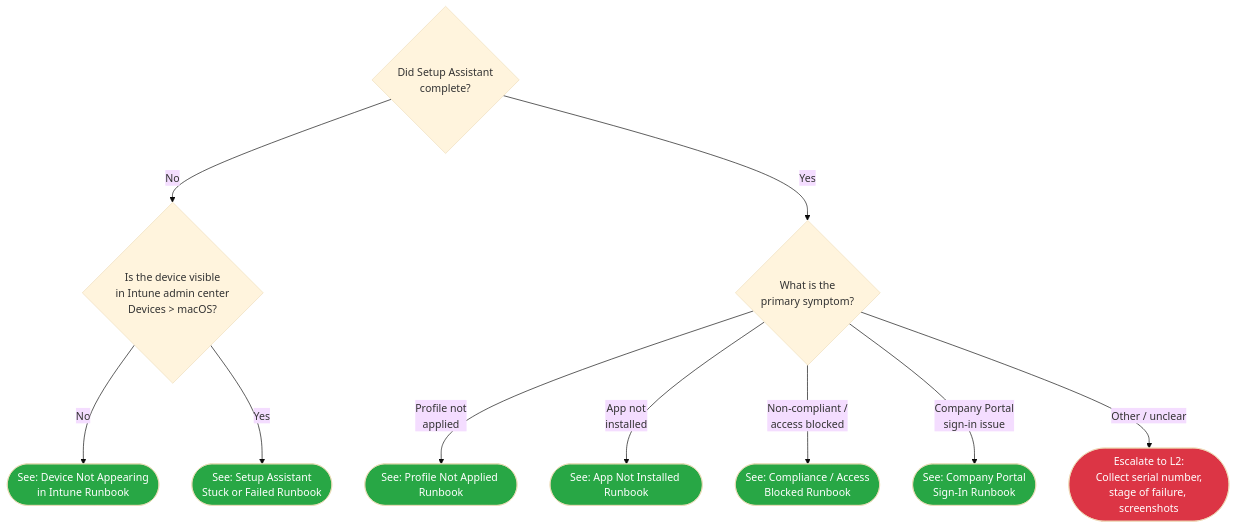
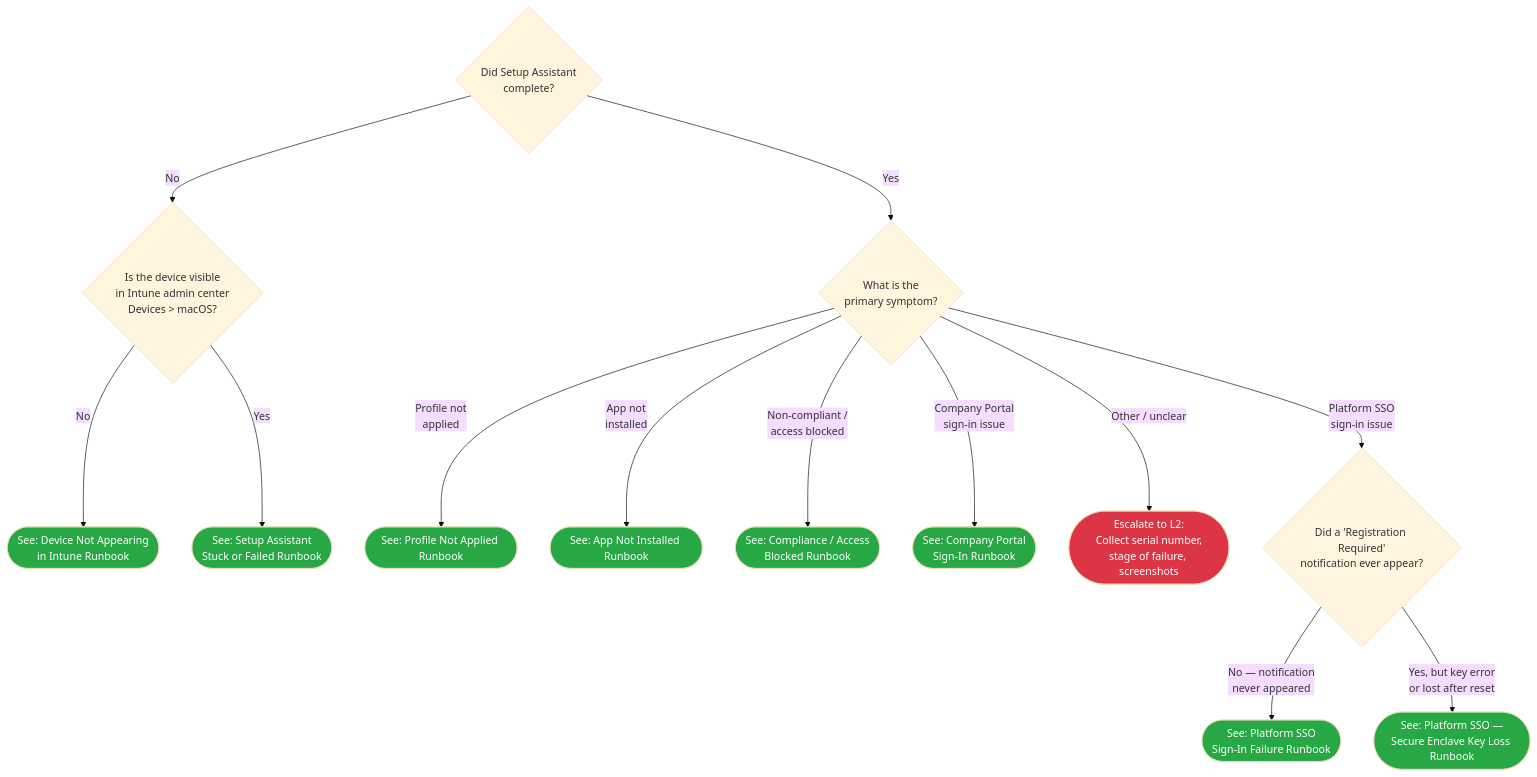
The diagram in docs/decision-trees/06-macos-triage.md (Schweinehund/Autopilot), drawn with Mermaid (base theme) before and after one commit. The commit also changed other lines of this file, not shown here.

Commit message:
feat(81-02): add Platform SSO sub-decision leaf MACSSO + MACR7/MACR8 to macOS triage tree
- Add MAC3 --> MACSSO diamond (D-01 disambiguator: Registration Required vs Secure Enclave key error)
- Add MACR7 leaf -> #35 Platform SSO Sign-In Failure Runbook with click directive
- Add MACR8 leaf -> #36 Secure Enclave Key Loss Runbook with click directive
- Apply class MACR7,MACR8 resolved (styled green; not escalateL2)
- Path MAC1->MAC3->MACSSO->leaf = exactly 3 edges (3-edge invariant preserved)
- Refresh frontmatter: last_verified=2026-06-22, review_by=2026-09-20

````diff
--- a/docs/decision-trees/06-macos-triage.md
+++ b/docs/decision-trees/06-macos-triage.md
@@ -29,27 +29,33 @@
 ```mermaid
 graph TD
     MAC1{"Did Setup Assistant<br/>complete?"}
     MAC1 -->|No| MAC2{"Is the device visible<br/>in Intune admin center<br/>Devices &gt; macOS?"}
     MAC1 -->|Yes| MAC3{"What is the<br/>primary symptom?"}
 
     MAC2 -->|No| MACR1(["See: Device Not Appearing<br/>in Intune Runbook"])
     MAC2 -->|Yes| MACR2(["See: Setup Assistant<br/>Stuck or Failed Runbook"])
 
     MAC3 -->|"Profile not<br/>applied"| MACR3(["See: Profile Not Applied Runbook"])
     MAC3 -->|"App not<br/>installed"| MACR4(["See: App Not Installed Runbook"])
     MAC3 -->|"Non-compliant /<br/>access blocked"| MACR5(["See: Compliance / Access<br/>Blocked Runbook"])
     MAC3 -->|"Company Portal<br/>sign-in issue"| MACR6(["See: Company Portal<br/>Sign-In Runbook"])
     MAC3 -->|"Other / unclear"| MACE1(["Escalate to L2:<br/>Collect serial number,<br/>stage of failure, screenshots"])
+    MAC3 -->|"Platform SSO<br/>sign-in issue"| MACSSO{"Did a 'Registration Required'<br/>notification ever appear?"}
+    MACSSO -->|"No — notification<br/>never appeared"| MACR7(["See: Platform SSO<br/>Sign-In Failure Runbook"])
+    MACSSO -->|"Yes, but key error<br/>or lost after reset"| MACR8(["See: Platform SSO —<br/>Secure Enclave Key Loss Runbook"])
 
     click MACR1 "../l1-runbooks/10-macos-device-not-appearing.md"
     click MACR2 "../l1-runbooks/11-macos-setup-assistant-failed.md"
     click MACR3 "../l1-runbooks/12-macos-profile-not-applied.md"
     click MACR4 "../l1-runbooks/13-macos-app-not-installed.md"
     click MACR5 "../l1-runbooks/14-macos-compliance-access-blocked.md"
     click MACR6 "../l1-runbooks/15-macos-company-portal-sign-in.md"
+    click MACR7 "../l1-runbooks/35-macos-sso-sign-in-failure.md"
+    click MACR8 "../l1-runbooks/36-macos-secure-enclave-key.md"
 
     classDef resolved fill:#28a745,color:#fff
     classDef escalateL2 fill:#dc3545,color:#fff
     class MACR1,MACR2,MACR3,MACR4,MACR5,MACR6 resolved
+    class MACR7,MACR8 resolved
     class MACE1 escalateL2
 ```
````
